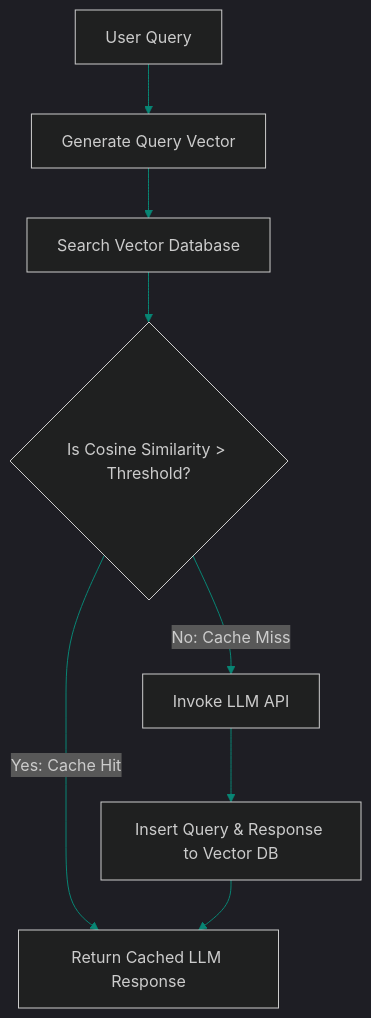
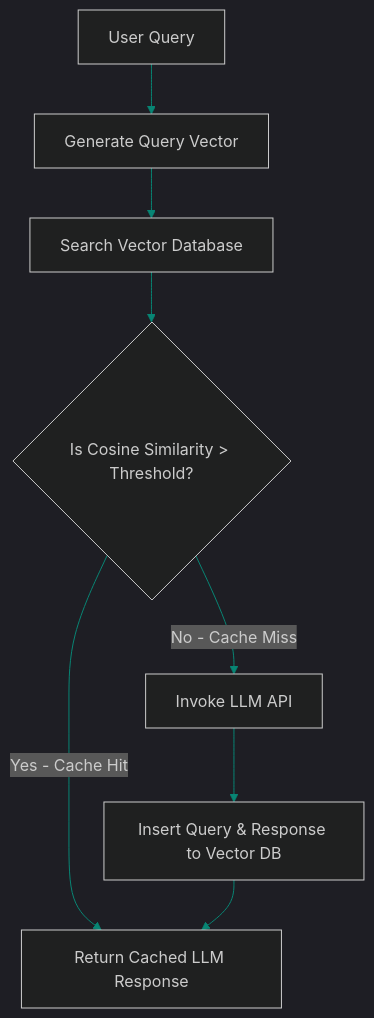
The diagram in blog/posts/semantic-cache-layer-vector-db-redis.md (akmalkhaniub/akmalkhaniub.github.io), drawn with Mermaid before and after one commit. The commit also changed 411 other files, not shown here.

````diff
--- a/blog/posts/semantic-cache-layer-vector-db-redis.md
+++ b/blog/posts/semantic-cache-layer-vector-db-redis.md
@@ -16,11 +16,11 @@
 ```mermaid
 %%{init: {'theme': 'dark', 'themeVariables': { 'primaryColor': '#088574', 'primaryTextColor': '#f3f4f6', 'primaryBorderColor': '#0db49b', 'lineColor': '#088574', 'secondaryColor': '#111827', 'tertiaryColor': '#0b0f19'}}}%%
 flowchart TD
     User[User Query] --> Embed[Generate Query Vector]
     Embed --> DBQuery[Search Vector Database]
     DBQuery --> Match{Is Cosine Similarity > Threshold?}
-    Match -->|Yes: Cache Hit| Return[Return Cached LLM Response]
-    Match -->|No: Cache Miss| LLM[Invoke LLM API]
+    Match -->|Yes - Cache Hit| Return[Return Cached LLM Response]
+    Match -->|No - Cache Miss| LLM[Invoke LLM API]
     LLM --> WriteCache[Insert Query & Response to Vector DB]
     WriteCache --> Return
 ```
````
